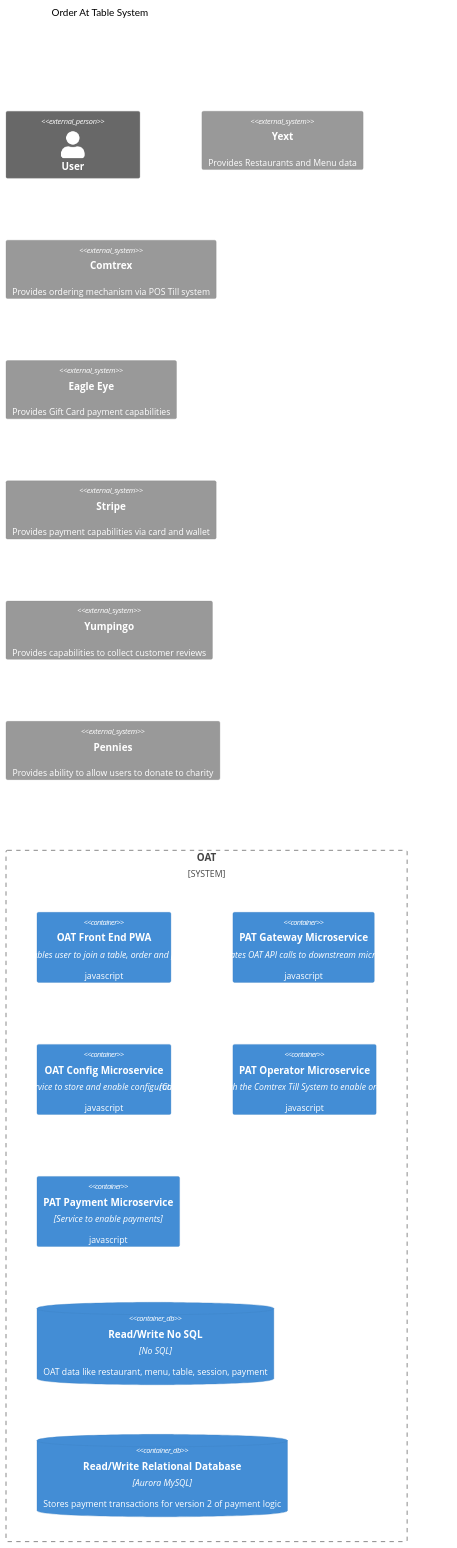
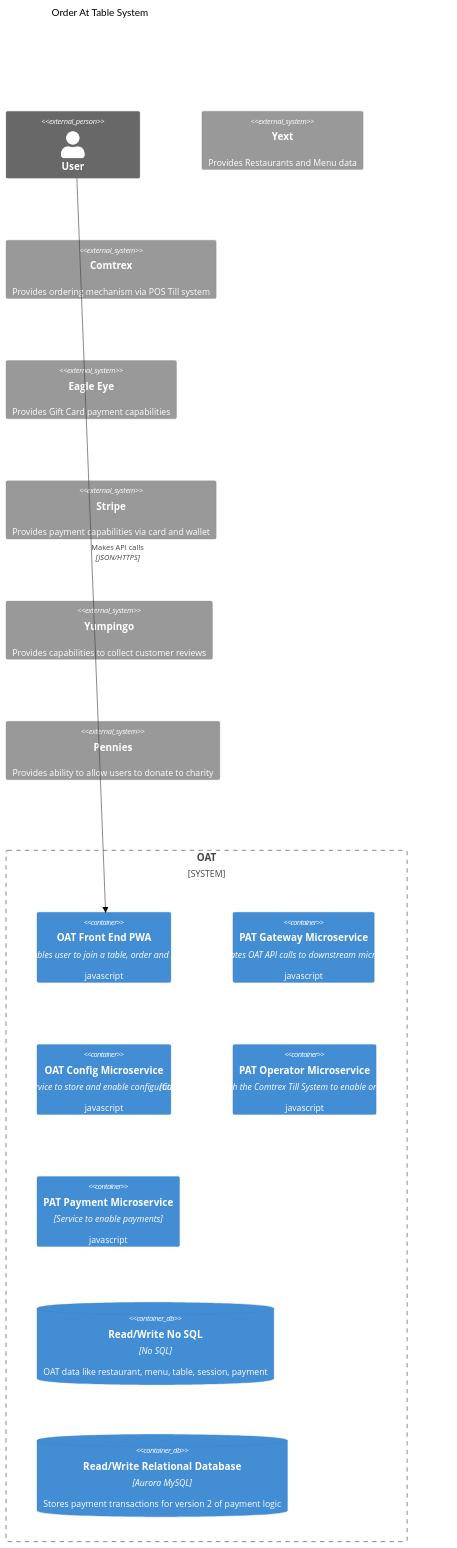
Before and after one commit to anandakumarpalanisamy/css-recipes: the diagram in c4-model.md, drawn with Mermaid (neutral theme).

````diff
--- a/c4-model.md
+++ b/c4-model.md
@@ -1,23 +1,26 @@
 ```mermaid
 C4Container
 title Order At Table System
 
 Person_Ext(person_ext_public, "User")
 System_Boundary(Azzurri, "OAT") {
   Container(oat_front_end, "OAT Front End PWA", "Enables user to join a table, order and pay", "javascript")
   Container(pat_gateway, "PAT Gateway Microservice", "Orchestrates OAT API calls to downstream microservices", "javascript")
   Container(oat_config, "OAT Config Microservice", "Service to store and enable configuration", "javascript")
   Container(pat_operator, "PAT Operator Microservice", "Communicates with the Comtrex Till System to enable ordering mechanism", "javascript")
   Container(pat_payment, "PAT Payment Microservice", "Service to enable payments", "javascript")
   
   ContainerDb(DynamoDB, "Read/Write No SQL", "No SQL", "OAT data like restaurant, menu, table, session, payment")
   ContainerDb(Aurora, "Read/Write Relational Database", "Aurora MySQL", "Stores payment transactions for version 2 of payment logic")
 }
 
 System_Ext(system_ext_Yext, "Yext", "Provides Restaurants and Menu data")
 System_Ext(system_ext_Comtrex, "Comtrex", "Provides ordering mechanism via POS Till system")
 System_Ext(system_ext_Eagleeye, "Eagle Eye", "Provides Gift Card payment capabilities")
 System_Ext(system_ext_Stripe, "Stripe", "Provides payment capabilities via card and wallet")
 System_Ext(system_ext_Yumpingo, "Yumpingo", "Provides capabilities to collect customer reviews")
 System_Ext(system_ext_Pennies, "Pennies", "Provides ability to allow users to donate to charity")
+
+
+Rel(person_ext_public, oat_front_end,  "Makes API calls", "JSON/HTTPS")
 ```
````
